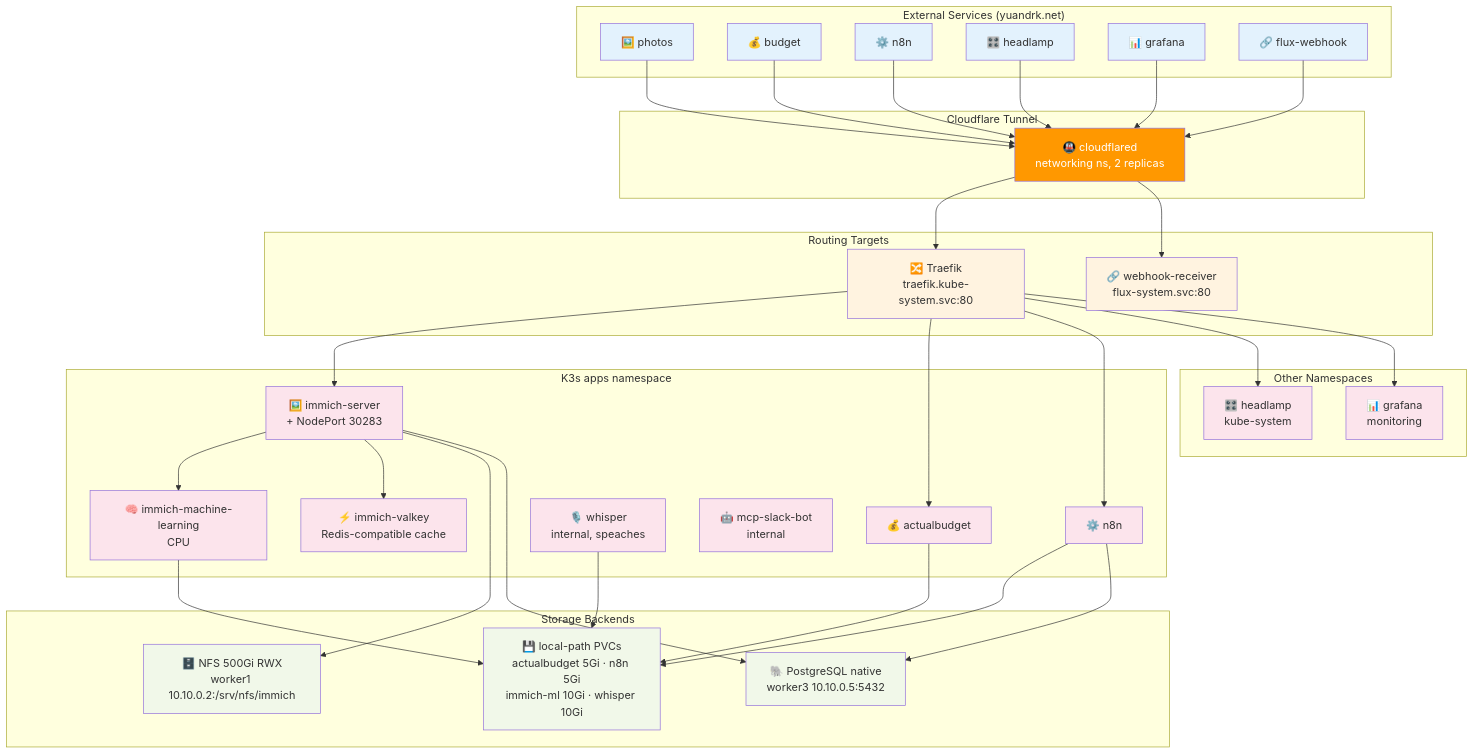
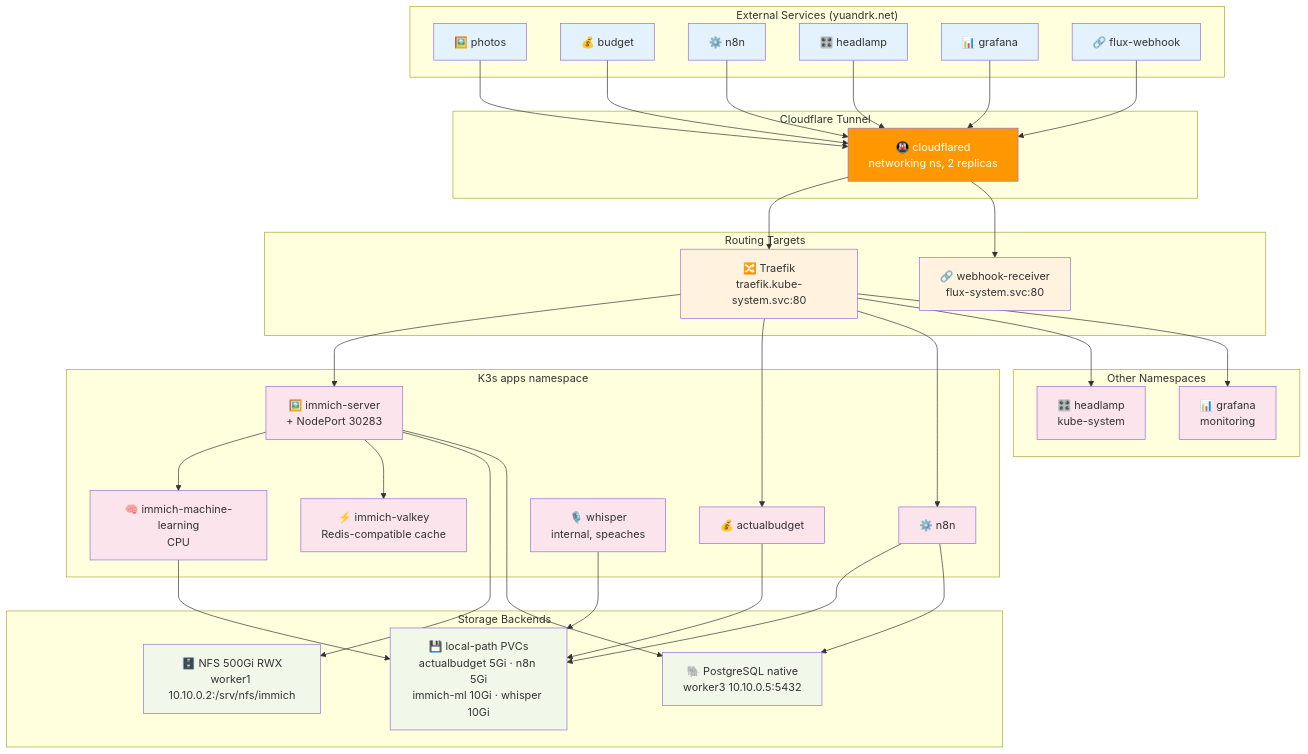
Before and after one commit to yuandrk/homelabops: the fifth of 6 diagrams in docs/architecture-diagrams.md, drawn with Mermaid. The commit also changed other lines of this file and 15 other files, not shown here.

First line of the commit message:
chore(apps): remove stirling-pdf and mcp-slack-bot

```diff
--- a/docs/architecture-diagrams.md
+++ b/docs/architecture-diagrams.md
@@ -303,7 +302,6 @@
         ActualApp[💰 actualbudget]
         N8nApp[⚙️ n8n]
         WhisperApp[🎙️ whisper<br/>internal, speaches]
-        MCPBotApp[🤖 mcp-slack-bot<br/>internal]
     end
 
     subgraph "Other Namespaces"
```
